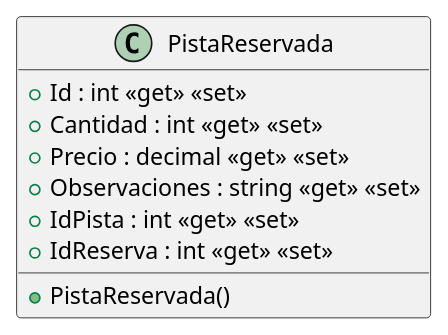
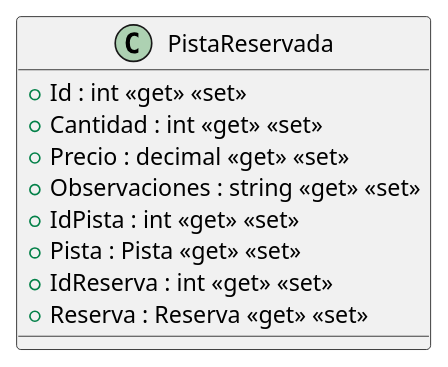
Before and after one commit to ISII2627LosIngenieros/ISII2627LosIngenieros: the diagram in src/AppForSEII.API/ClassDiagram/PistaReservada.puml, drawn with PlantUML. The commit also changed 14 other files, not shown here.

Commit message:
Se actualizó el diagrama de clases asociado

```diff
--- a/src/AppForSEII.API/ClassDiagram/PistaReservada.puml
+++ b/src/AppForSEII.API/ClassDiagram/PistaReservada.puml
@@ -1,11 +1,12 @@
 @startuml
 class PistaReservada {
-    + PistaReservada()
     + Id : int <<get>> <<set>>
     + Cantidad : int <<get>> <<set>>
     + Precio : decimal <<get>> <<set>>
     + Observaciones : string <<get>> <<set>>
     + IdPista : int <<get>> <<set>>
+    + Pista : Pista <<get>> <<set>>
     + IdReserva : int <<get>> <<set>>
+    + Reserva : Reserva <<get>> <<set>>
 }
 @enduml
```
